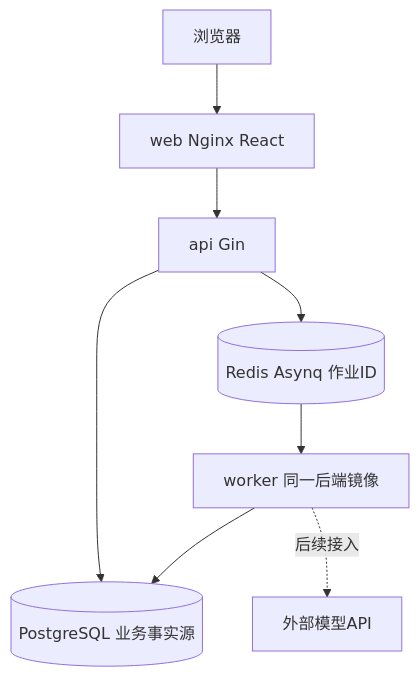
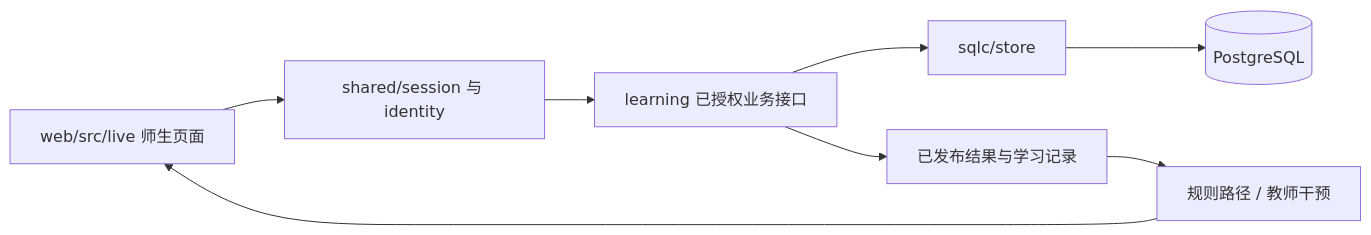
One commit to 122Ml/HaJi_Mark changed the diagram in docs/architecture.md. Above: the diagram before and after it, drawn with Mermaid. The commit also changed other lines of this file and 73 other files, not shown here.

````diff
--- a/docs/architecture.md
+++ b/docs/architecture.md
@@ -33,10 +9,10 @@
 ```mermaid
-flowchart TD
-  Browser[浏览器] --> Web[web Nginx React]
-  Web --> API[api Gin]
-  API --> DB[(PostgreSQL 业务事实源)]
-  API --> Queue[(Redis Asynq 作业ID)]
-  Queue --> Worker[worker 同一后端镜像]
-  Worker --> DB
-  Worker -.后续接入.-> Model[外部模型API]
+flowchart LR
+  Web[web/src/live 师生页面] --> Session[shared/session 与 identity]
+  Session --> API[learning 已授权业务接口]
+  API --> SQL[sqlc/store]
+  SQL --> DB[(PostgreSQL)]
+  API --> Evidence[已发布结果与学习记录]
+  Evidence --> Path[规则路径 / 教师干预]
+  Path --> Web
 ```
````
